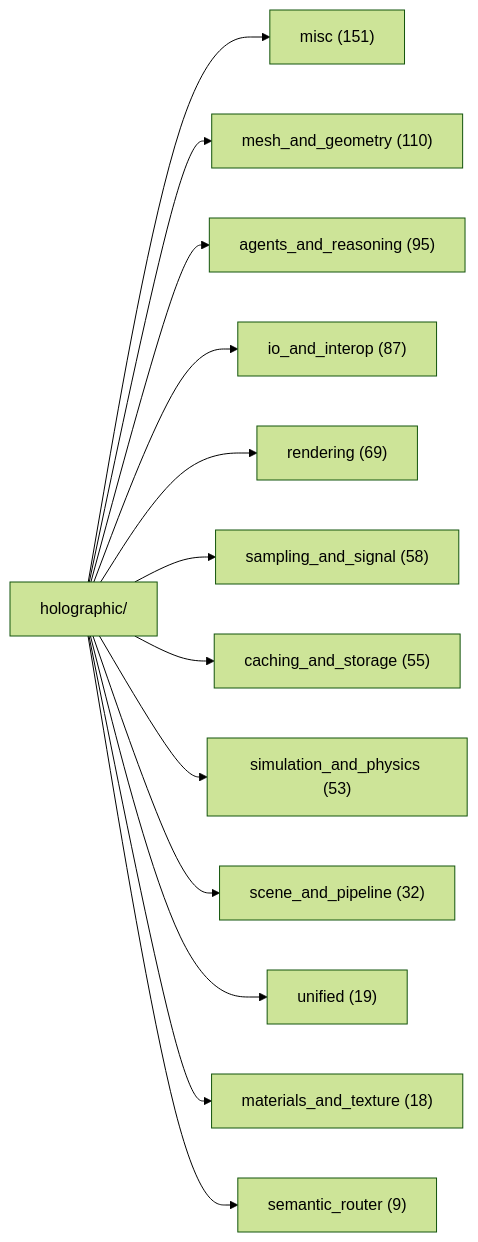
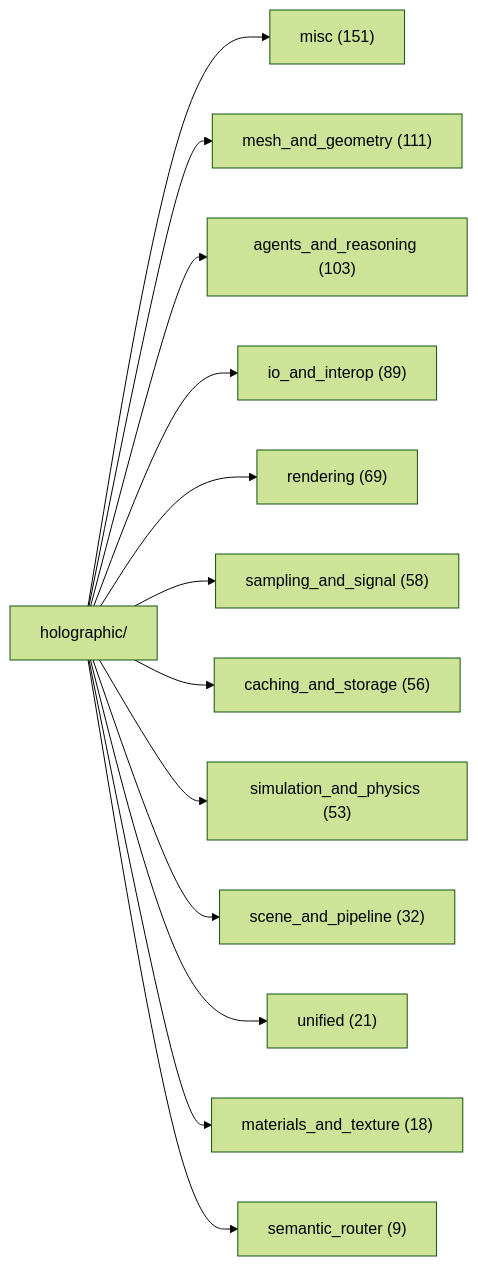
One commit to AnOversizedMooseWithSocks/leCore changed the first of 2 diagrams in docs/DOC_MAP.md. Above: the diagram before and after it, drawn with Mermaid (forest theme). The commit also changed other lines of this file and 91 other files, not shown here.

````diff
--- a/docs/DOC_MAP.md
+++ b/docs/DOC_MAP.md
@@ -35,16 +39,16 @@
 ```mermaid
 graph LR
     H[holographic/]
     H --> misc["misc (151)"]
-    H --> mesh["mesh_and_geometry (110)"]
-    H --> agen["agents_and_reasoning (95)"]
-    H --> io_a["io_and_interop (87)"]
+    H --> mesh["mesh_and_geometry (111)"]
+    H --> agen["agents_and_reasoning (103)"]
+    H --> io_a["io_and_interop (89)"]
     H --> rend["rendering (69)"]
     H --> samp["sampling_and_signal (58)"]
-    H --> cach["caching_and_storage (55)"]
+    H --> cach["caching_and_storage (56)"]
     H --> simu["simulation_and_physics (53)"]
     H --> scen["scene_and_pipeline (32)"]
-    H --> unif["unified (19)"]
+    H --> unif["unified (21)"]
     H --> mate["materials_and_texture (18)"]
     H --> sema["semantic_router (9)"]
 ```
````
